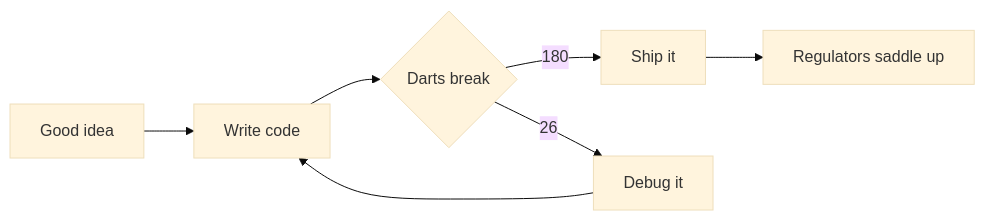
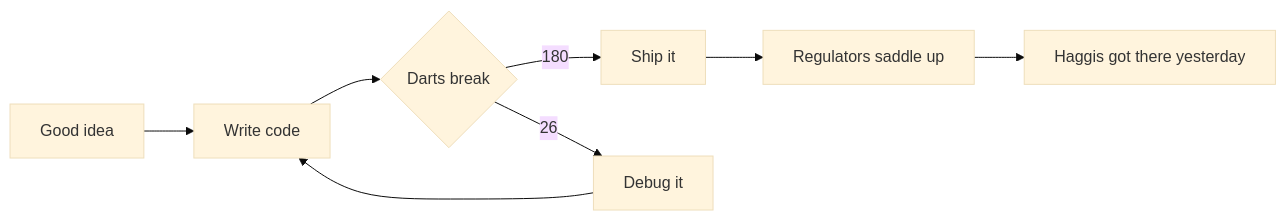
One commit to billythekid/billythekid changed the diagram in FIELD-MANUAL.md. Above: the diagram before and after it, drawn with Mermaid (base theme). The commit also changed other lines of this file, not shown here.

````diff
--- a/FIELD-MANUAL.md
+++ b/FIELD-MANUAL.md
@@ -86,9 +86,10 @@
 ```mermaid
 flowchart LR
     A[Good idea] --> B[Write code]
     B --> C{Darts break}
     C -->|180| D[Ship it]
     C -->|26| E[Debug it]
     E --> B
     D --> F[Regulators saddle up]
+    F --> G[Haggis got there yesterday]
 ```
````
